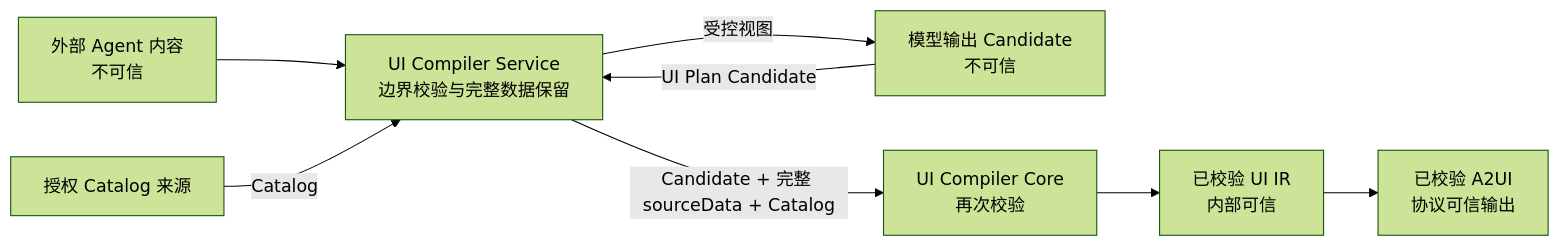
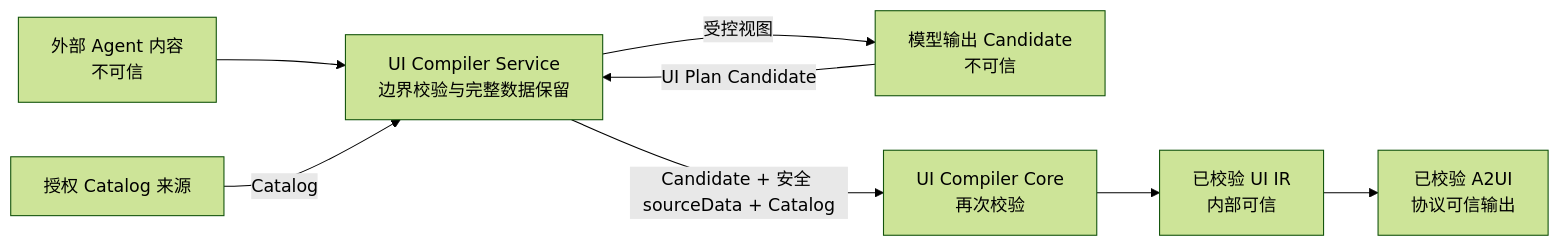
Before and after one commit to xiaoxiaoqian1217/generative-ui-platform: the seventh of 9 diagrams in docs/Generative_UI_Compiler_Design.md, drawn with Mermaid (forest theme). The commit also changed other lines of this file and 15 other files, not shown here.

````diff
--- a/docs/Generative_UI_Compiler_Design.md
+++ b/docs/Generative_UI_Compiler_Design.md
@@ -1708,23 +1826,23 @@
 ```mermaid
 flowchart LR
     Input[外部 Agent 内容
 不可信]
     Service[UI Compiler Service
 边界校验与完整数据保留]
     Model[模型输出 Candidate
 不可信]
     CatalogRepo[授权 Catalog 来源]
     Core[UI Compiler Core
 再次校验]
     IR[已校验 UI IR
 内部可信]
     A2UI[已校验 A2UI
 协议可信输出]
 
     Input --> Service
     Service -->|受控视图| Model
     Model -->|UI Plan Candidate| Service
     CatalogRepo -->|Catalog| Service
-    Service -->|Candidate + 完整 sourceData + Catalog| Core
+    Service -->|Candidate + 安全 sourceData + Catalog| Core
     Core --> IR --> A2UI
 ```
````
